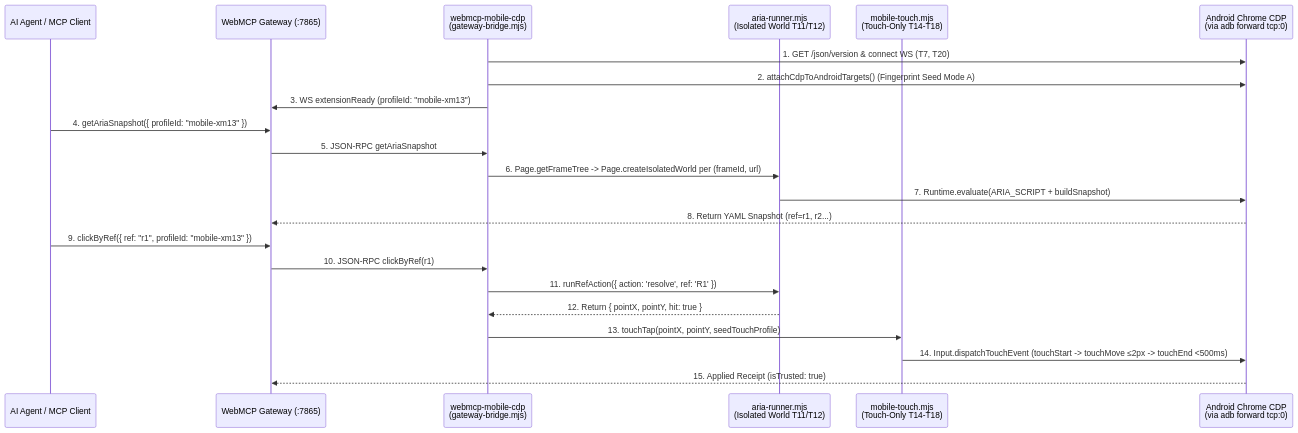
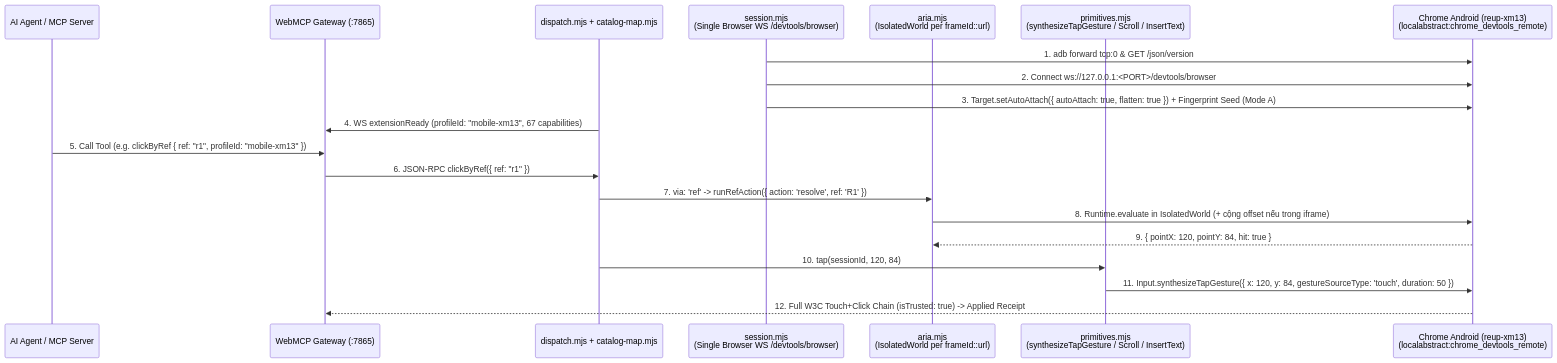
One commit to uyencss/web-automation-extension changed the diagram in docs/plans/20261029-mobile-chrome-cdp-automation-plan.md. Above: the diagram before and after it, drawn with Mermaid. The commit also changed other lines of this file, not shown here.

Commit message:
docs(plan): add empirically verified XM13 mobile Chrome CDP automation plan

````diff
--- a/docs/plans/20261029-mobile-chrome-cdp-automation-plan.md
+++ b/docs/plans/20261029-mobile-chrome-cdp-automation-plan.md
@@ -68,25 +50,23 @@
 ```mermaid
 sequenceDiagram
-    participant Agent as AI Agent / MCP Client
+    participant Agent as AI Agent / MCP Server
     participant GW as WebMCP Gateway (:7865)
-    participant Bridge as webmcp-mobile-cdp<br/>(gateway-bridge.mjs)
-    participant Aria as aria-runner.mjs<br/>(Isolated World T11/T12)
-    participant Touch as mobile-touch.mjs<br/>(Touch-Only T14-T18)
-    participant Phone as Android Chrome CDP<br/>(via adb forward tcp:0)
+    participant Disp as dispatch.mjs + catalog-map.mjs
+    participant Sess as session.mjs<br/>(Single Browser WS /devtools/browser)
+    participant Aria as aria.mjs<br/>(IsolatedWorld per frameId::url)
+    participant Prim as primitives.mjs<br/>(synthesizeTapGesture / Scroll / InsertText)
+    participant XM13 as Chrome Android (reup-xm13)<br/>(localabstract:chrome_devtools_remote)
 
-    Bridge->>Phone: 1. GET /json/version & connect WS (T7, T20)
-    Bridge->>Phone: 2. attachCdpToAndroidTargets() (Fingerprint Seed Mode A)
-    Bridge->>GW: 3. WS extensionReady (profileId: "mobile-xm13")
-    Agent->>GW: 4. getAriaSnapshot({ profileId: "mobile-xm13" })
-    GW->>Bridge: 5. JSON-RPC getAriaSnapshot
-    Bridge->>Aria: 6. Page.getFrameTree -> Page.createIsolatedWorld per (frameId, url)
-    Aria->>Phone: 7. Runtime.evaluate(ARIA_SCRIPT + buildSnapshot)
-    Phone-->>GW: 8. Return YAML Snapshot (ref=r1, r2...)
-    Agent->>GW: 9. clickByRef({ ref: "r1", profileId: "mobile-xm13" })
-    GW->>Bridge: 10. JSON-RPC clickByRef(r1)
-    Bridge->>Aria: 11. runRefAction({ action: 'resolve', ref: 'R1' })
-    Aria-->>Bridge: 12. Return { pointX, pointY, hit: true }
-    Bridge->>Touch: 13. touchTap(pointX, pointY, seedTouchProfile)
-    Touch->>Phone: 14. Input.dispatchTouchEvent (touchStart -> touchMove ≤2px -> touchEnd <500ms)
-    Phone-->>GW: 15. Applied Receipt (isTrusted: true)
+    Sess->>XM13: 1. adb forward tcp:0 & GET /json/version
+    Sess->>XM13: 2. Connect ws://127.0.0.1:<PORT>/devtools/browser
+    Sess->>XM13: 3. Target.setAutoAttach({ autoAttach: true, flatten: true }) + Fingerprint Seed (Mode A)
+    Disp->>GW: 4. WS extensionReady (profileId: "mobile-xm13", 67 capabilities)
+    Agent->>GW: 5. Call Tool (e.g. clickByRef { ref: "r1", profileId: "mobile-xm13" })
+    GW->>Disp: 6. JSON-RPC clickByRef({ ref: "r1" })
+    Disp->>Aria: 7. via: 'ref' -> runRefAction({ action: 'resolve', ref: 'R1' })
+    Aria->>XM13: 8. Runtime.evaluate in IsolatedWorld (+ cộng offset nếu trong iframe)
+    XM13-->>Aria: 9. { pointX: 120, pointY: 84, hit: true }
+    Disp->>Prim: 10. tap(sessionId, 120, 84)
+    Prim->>XM13: 11. Input.synthesizeTapGesture({ x: 120, y: 84, gestureSourceType: 'touch', duration: 50 })
+    XM13-->>GW: 12. Full W3C Touch+Click Chain (isTrusted: true) -> Applied Receipt
 ```
````
